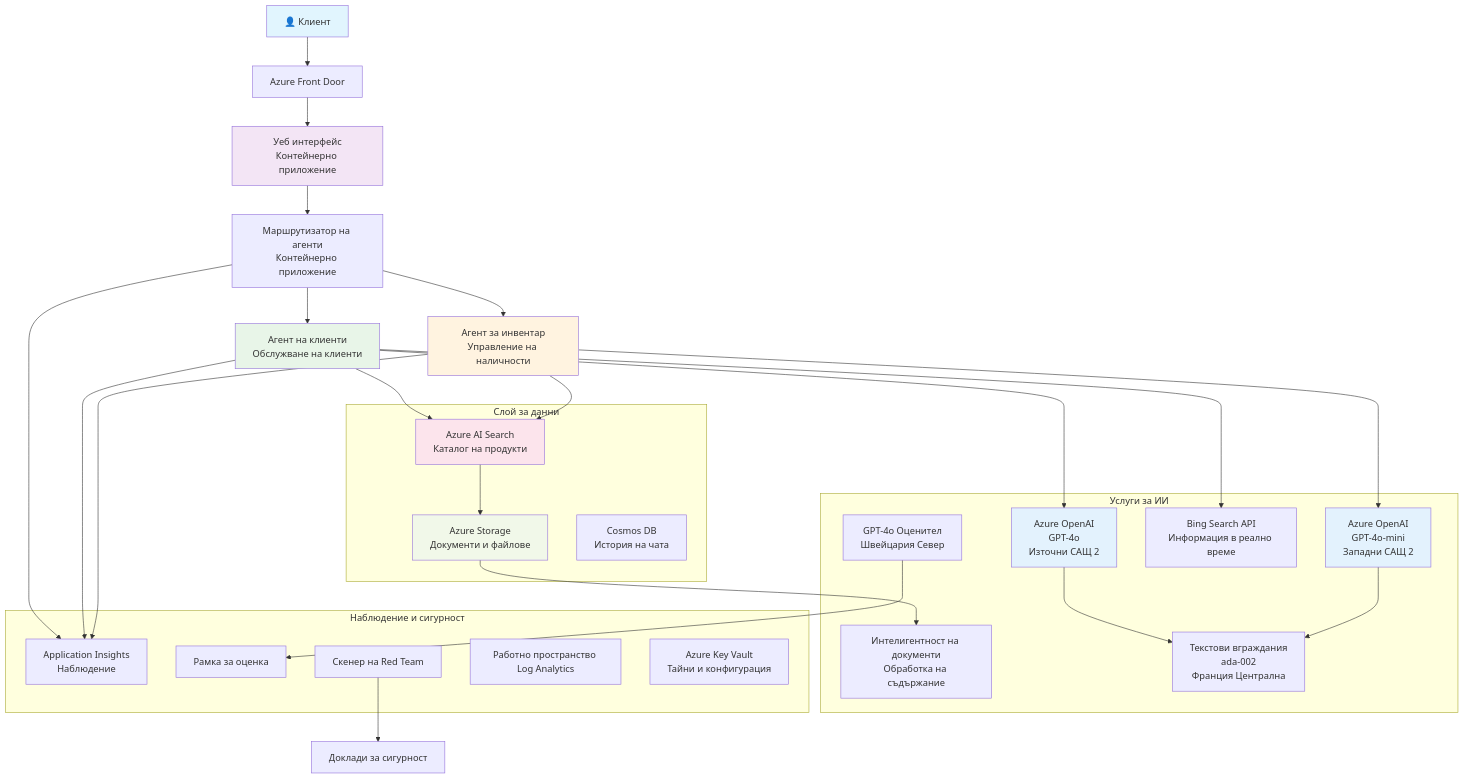
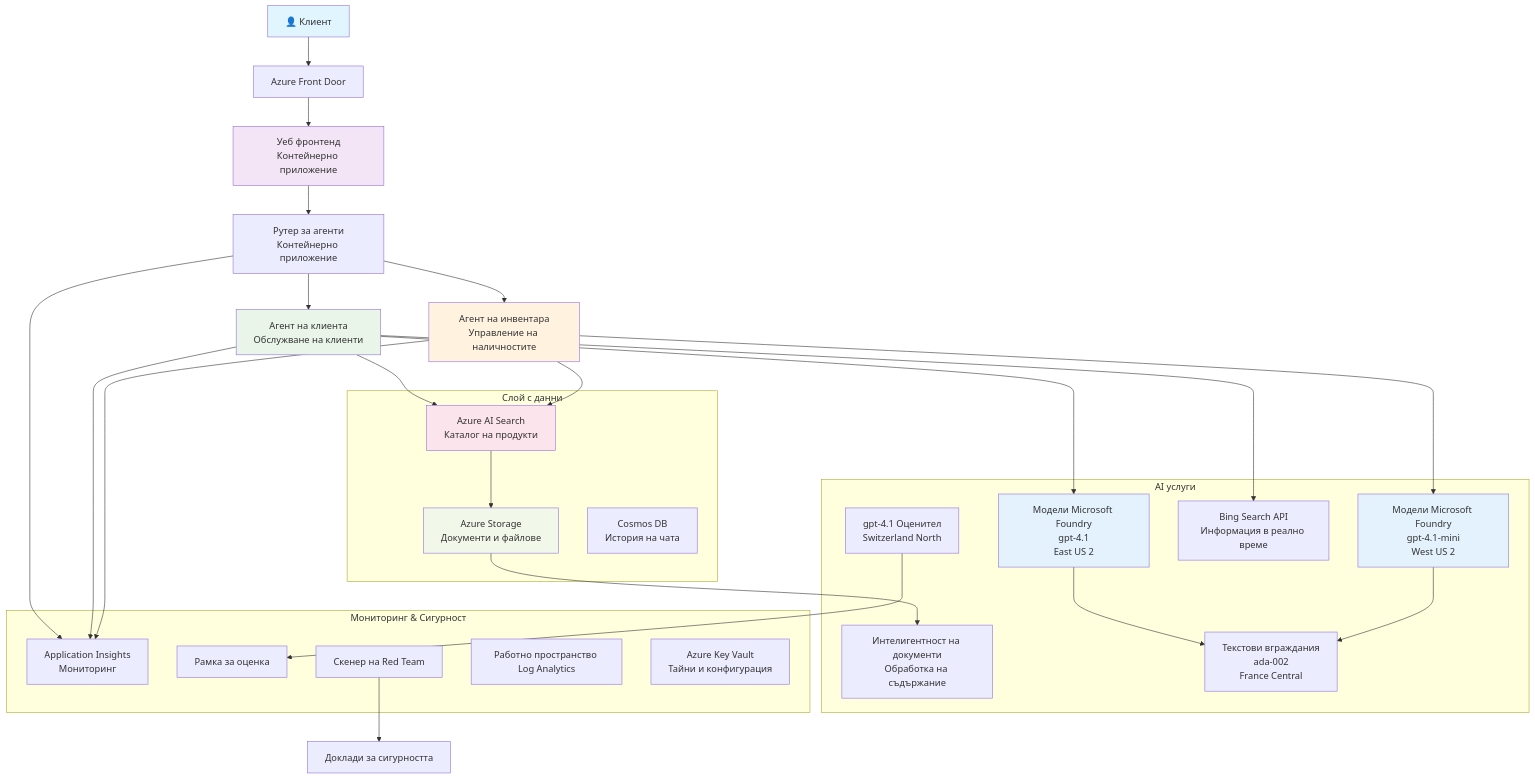
The diagram in translations/bg/examples/retail-scenario.md (microsoft/AZD-for-beginners), drawn with Mermaid before and after one commit. The commit also changed other lines of this file and 101 other files, not shown here.

````diff
--- a/translations/bg/examples/retail-scenario.md
+++ b/translations/bg/examples/retail-scenario.md
@@ -139,61 +139,61 @@
 ```mermaid
 graph TB
     User[👤 Клиент] --> LB[Azure Front Door]
-    LB --> WebApp[Уеб интерфейс<br/>Контейнерно приложение]
+    LB --> WebApp[Уеб фронтенд<br/>Контейнерно приложение]
     
-    WebApp --> Router[Маршрутизатор на агенти<br/>Контейнерно приложение]
-    Router --> CustomerAgent[Агент на клиенти<br/>Обслужване на клиенти]
-    Router --> InvAgent[Агент за инвентар<br/>Управление на наличности]
+    WebApp --> Router[Рутер за агенти<br/>Контейнерно приложение]
+    Router --> CustomerAgent[Агент на клиента<br/>Обслужване на клиенти]
+    Router --> InvAgent[Агент на инвентара<br/>Управление на наличностите]
     
-    CustomerAgent --> OpenAI1[Azure OpenAI<br/>GPT-4o<br/>Източни САЩ 2]
-    InvAgent --> OpenAI2[Azure OpenAI<br/>GPT-4o-mini<br/>Западни САЩ 2]
+    CustomerAgent --> OpenAI1[Модели Microsoft Foundry<br/>gpt-4.1<br/>East US 2]
+    InvAgent --> OpenAI2[Модели Microsoft Foundry<br/>gpt-4.1-mini<br/>West US 2]
     
     CustomerAgent --> AISearch[Azure AI Search<br/>Каталог на продукти]
     CustomerAgent --> BingSearch[Bing Search API<br/>Информация в реално време]
     InvAgent --> AISearch
     
     AISearch --> Storage[Azure Storage<br/>Документи и файлове]
     Storage --> DocIntel[Интелигентност на документи<br/>Обработка на съдържание]
     
-    OpenAI1 --> Embeddings[Текстови вграждания<br/>ada-002<br/>Франция Централна]
+    OpenAI1 --> Embeddings[Текстови вграждания<br/>ada-002<br/>France Central]
     OpenAI2 --> Embeddings
     
-    Router --> AppInsights[Application Insights<br/>Наблюдение]
+    Router --> AppInsights[Application Insights<br/>Мониторинг]
     CustomerAgent --> AppInsights
     InvAgent --> AppInsights
     
-    GraderModel[GPT-4o Оценител<br/>Швейцария Север] --> Evaluation[Рамка за оценка]
-    RedTeam[Скенер на Red Team] --> SecurityReports[Доклади за сигурност]
+    GraderModel[gpt-4.1 Оценител<br/>Switzerland North] --> Evaluation[Рамка за оценка]
+    RedTeam[Скенер на Red Team] --> SecurityReports[Доклади за сигурността]
     
-    subgraph "Слой за данни"
+    subgraph "Слой с данни"
         Storage
         AISearch
         CosmosDB[Cosmos DB<br/>История на чата]
     end
     
-    subgraph "Услуги за ИИ"
+    subgraph "AI услуги"
         OpenAI1
         OpenAI2
         Embeddings
         GraderModel
         DocIntel
         BingSearch
     end
     
-    subgraph "Наблюдение и сигурност"
+    subgraph "Мониторинг & Сигурност"
         AppInsights
         LogAnalytics[Работно пространство Log Analytics]
         KeyVault[Azure Key Vault<br/>Тайни и конфигурация]
         RedTeam
         Evaluation
     end
     
     style User fill:#e1f5fe
     style WebApp fill:#f3e5f5
     style CustomerAgent fill:#e8f5e8
     style InvAgent fill:#fff3e0
     style OpenAI1 fill:#e3f2fd
     style OpenAI2 fill:#e3f2fd
     style AISearch fill:#fce4ec
     style Storage fill:#f1f8e9
 ```
````
